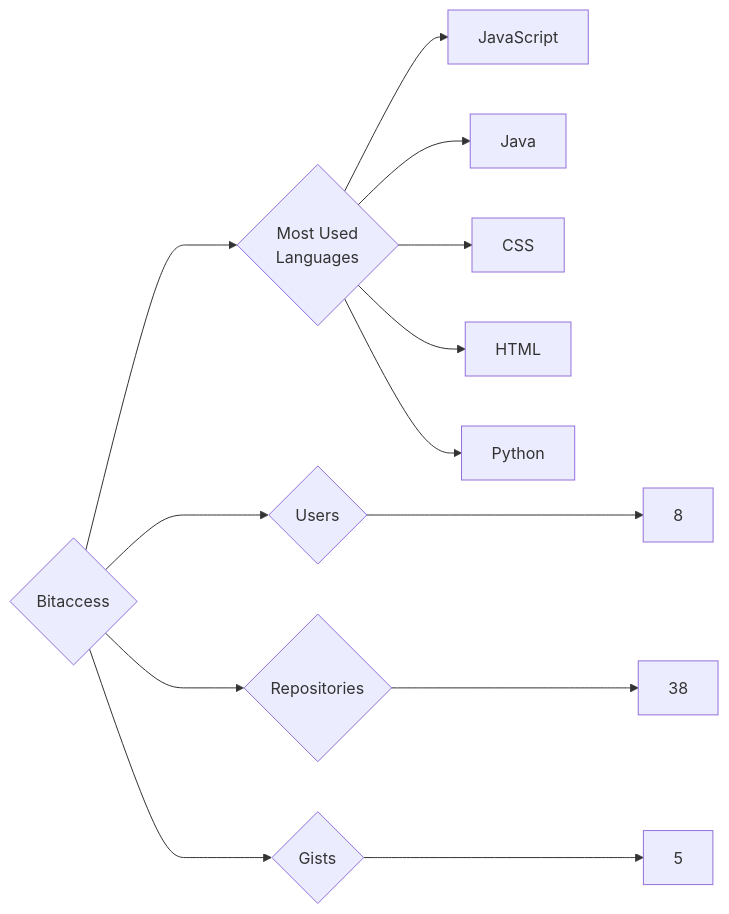
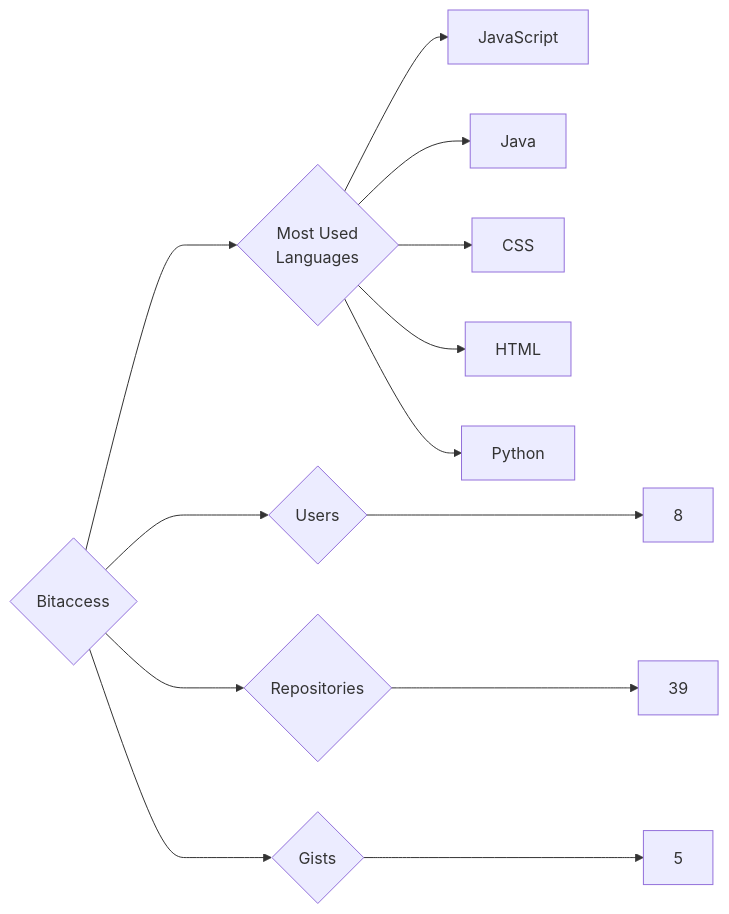
One commit to trickest/insiders changed the diagram in targets/Bitaccess/README.md. Above: the diagram before and after it, drawn with Mermaid. The commit also changed 1149 other files, not shown here.

````diff
--- a/targets/Bitaccess/README.md
+++ b/targets/Bitaccess/README.md
@@ -3,13 +3,13 @@
 ```mermaid
 graph LR
 COMPANY_NAME{Bitaccess}
 COMPANY_NAME ---> U{Users} ---> UN[8]
-COMPANY_NAME ---> R{Repositories} ---> RN[38]
+COMPANY_NAME ---> R{Repositories} ---> RN[39]
 COMPANY_NAME ---> G{Gists} ---> GN[5]
 COMPANY_NAME ---> ML{Most Used<br>Languages}
 ML --> JavaScript[JavaScript]
 ML --> Java[Java]
 ML --> CSS[CSS]
 ML --> HTML[HTML]
 ML --> Python[Python]
 ```
````
